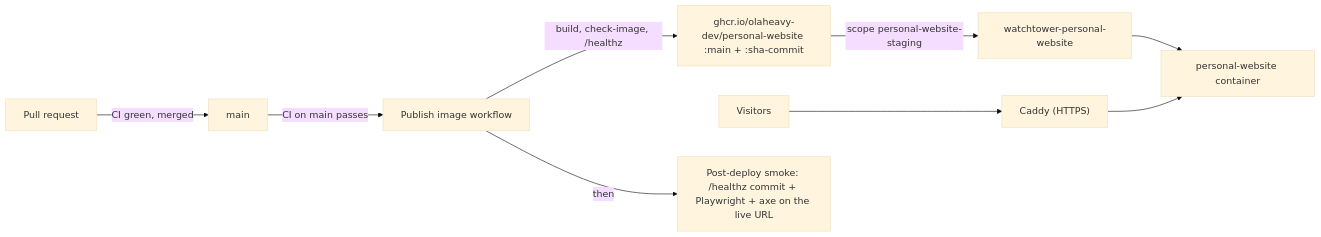
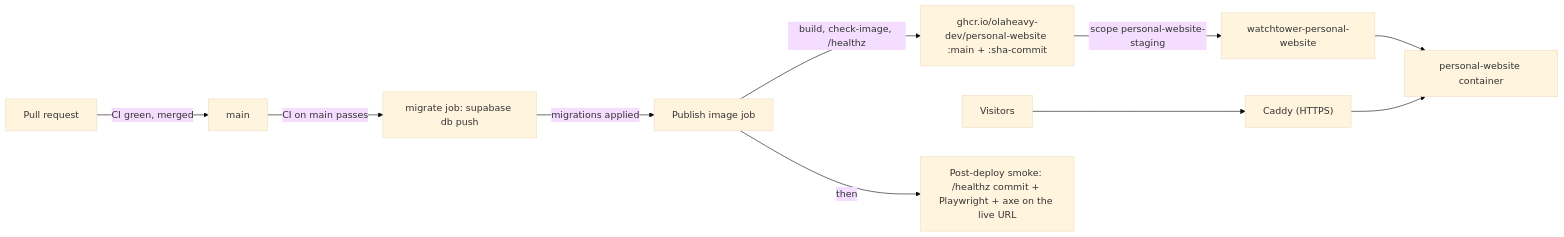
The diagram in docs/deploy.md (olaheavy-dev/personal-website), drawn with Mermaid (base theme) before and after one commit. The commit also changed other lines of this file and 16 other files, not shown here.

````diff
--- a/docs/deploy.md
+++ b/docs/deploy.md
@@ -7,11 +7,12 @@
 ```mermaid
 flowchart LR
   pr["Pull request"] -->|CI green, merged| main["main"]
-  main -->|CI on main passes| publish["Publish image workflow"]
+  main -->|CI on main passes| migrate["migrate job: supabase db push"]
+  migrate -->|migrations applied| publish["Publish image job"]
   publish -->|build, check-image, /healthz| ghcr["ghcr.io/olaheavy-dev/personal-website :main + :sha-commit"]
   ghcr -->|scope personal-website-staging| watchtower["watchtower-personal-website"]
   watchtower --> app["personal-website container"]
   caddy["Caddy (HTTPS)"] --> app
   users["Visitors"] --> caddy
   publish -->|then| smoke["Post-deploy smoke: /healthz commit + Playwright + axe on the live URL"]
 ```
````
